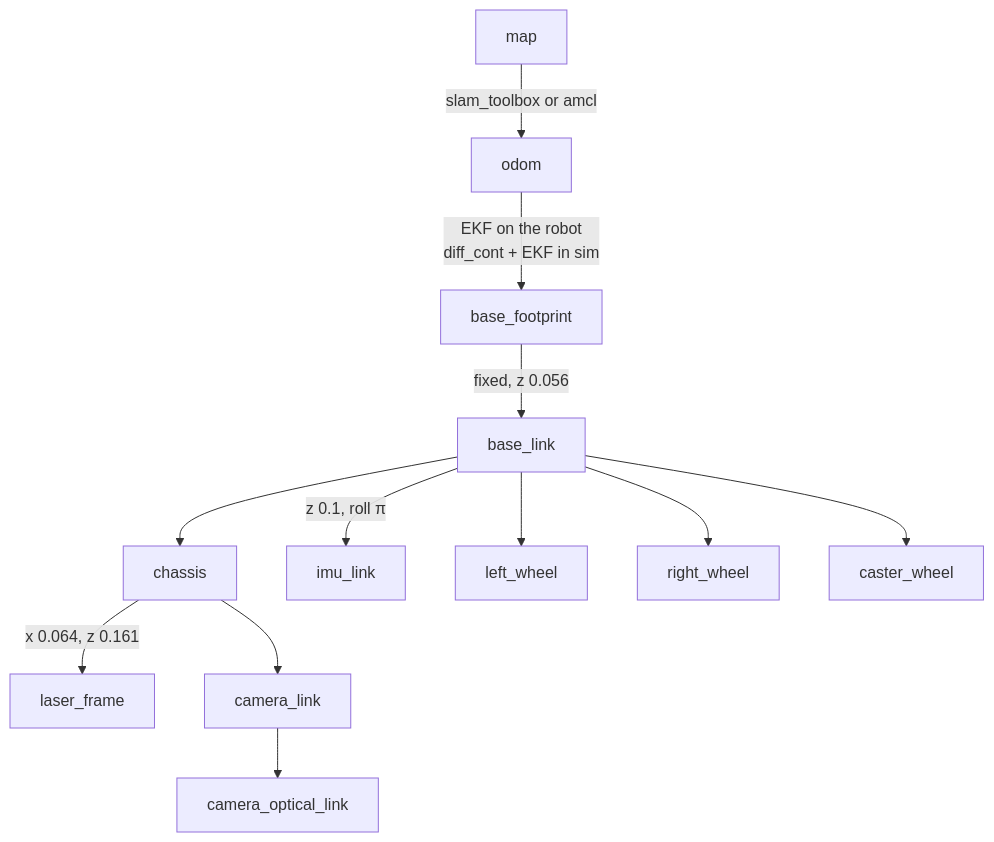
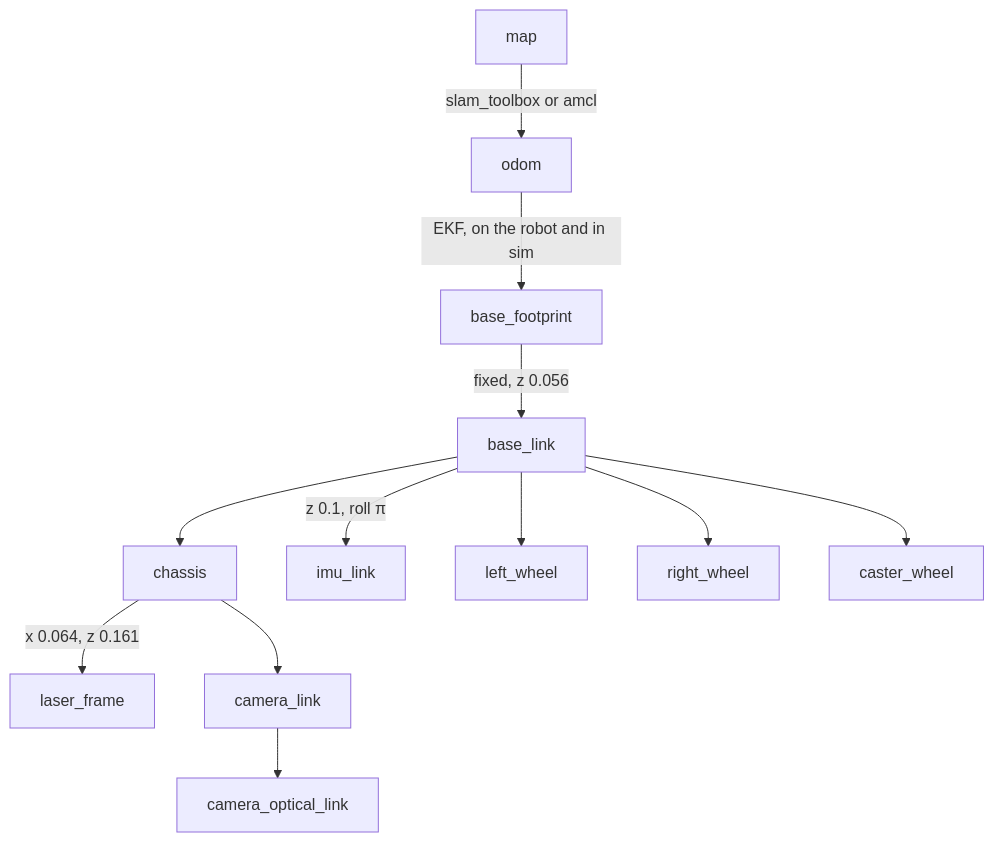
One commit to jakhon37/autoJetsonBot changed the third of 5 diagrams in docs/architecture/SYSTEM_ARCHITECTURE.md. Above: the diagram before and after it, drawn with Mermaid. The commit also changed other lines of this file and 3 other files, not shown here.

First line of the commit message:
Leave odom -> base_footprint to the EKF in simulation.

````diff
--- a/docs/architecture/SYSTEM_ARCHITECTURE.md
+++ b/docs/architecture/SYSTEM_ARCHITECTURE.md
@@ -94,14 +94,14 @@
 ```mermaid
 flowchart TD
     map["map"] -->|"slam_toolbox or amcl"| odom["odom"]
-    odom -->|"EKF on the robot<br/>diff_cont + EKF in sim"| bf["base_footprint"]
+    odom -->|"EKF, on the robot and in sim"| bf["base_footprint"]
     bf -->|"fixed, z 0.056"| bl["base_link"]
     bl --> ch["chassis"]
     ch -->|"x 0.064, z 0.161"| laser["laser_frame"]
     ch --> cam["camera_link"]
     cam --> camopt["camera_optical_link"]
     bl -->|"z 0.1, roll π"| imu["imu_link"]
     bl --> lw["left_wheel"]
     bl --> rw["right_wheel"]
     bl --> cw["caster_wheel"]
 ```
````
